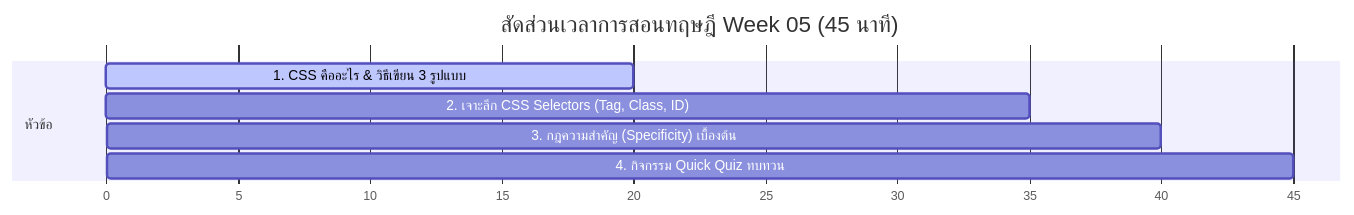
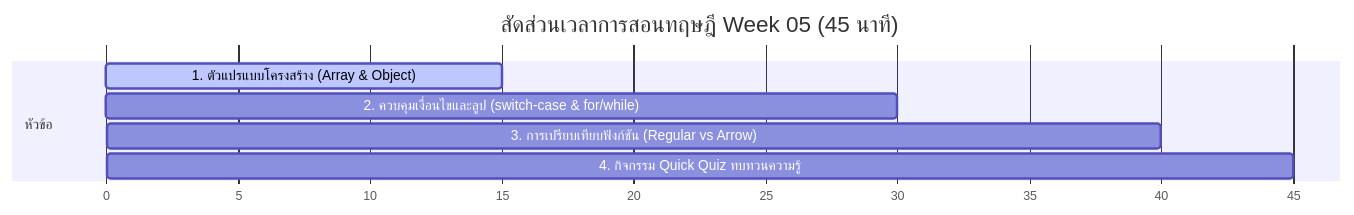
The diagram in Week 05/Teacher/README.md (jirawat9ball/Website_lesson_plan), drawn with Mermaid before and after one commit. The commit also changed other lines of this file and 68 other files, not shown here.

````diff
--- a/Week 05/Teacher/README.md
+++ b/Week 05/Teacher/README.md
@@ -8,11 +8,11 @@
 ```mermaid
 gantt
     title สัดส่วนเวลาการสอนทฤษฎี Week 05 (45 นาที)
     dateFormat  X
     axisFormat %s
     section หัวข้อ
-    1. CSS คืออะไร & วิธีเขียน 3 รูปแบบ : active, 0, 20
-    2. เจาะลึก CSS Selectors (Tag, Class, ID) : 20, 35
-    3. กฎความสำคัญ (Specificity) เบื้องต้น : 35, 40
-    4. กิจกรรม Quick Quiz ทบทวน : 40, 45
+    1. ตัวแปรแบบโครงสร้าง (Array & Object) : active, 0, 15
+    2. ควบคุมเงื่อนไขและลูป (switch-case & for/while) : 15, 30
+    3. การเปรียบเทียบฟังก์ชัน (Regular vs Arrow) : 30, 40
+    4. กิจกรรม Quick Quiz ทบทวนความรู้ : 40, 45
 ```
````
